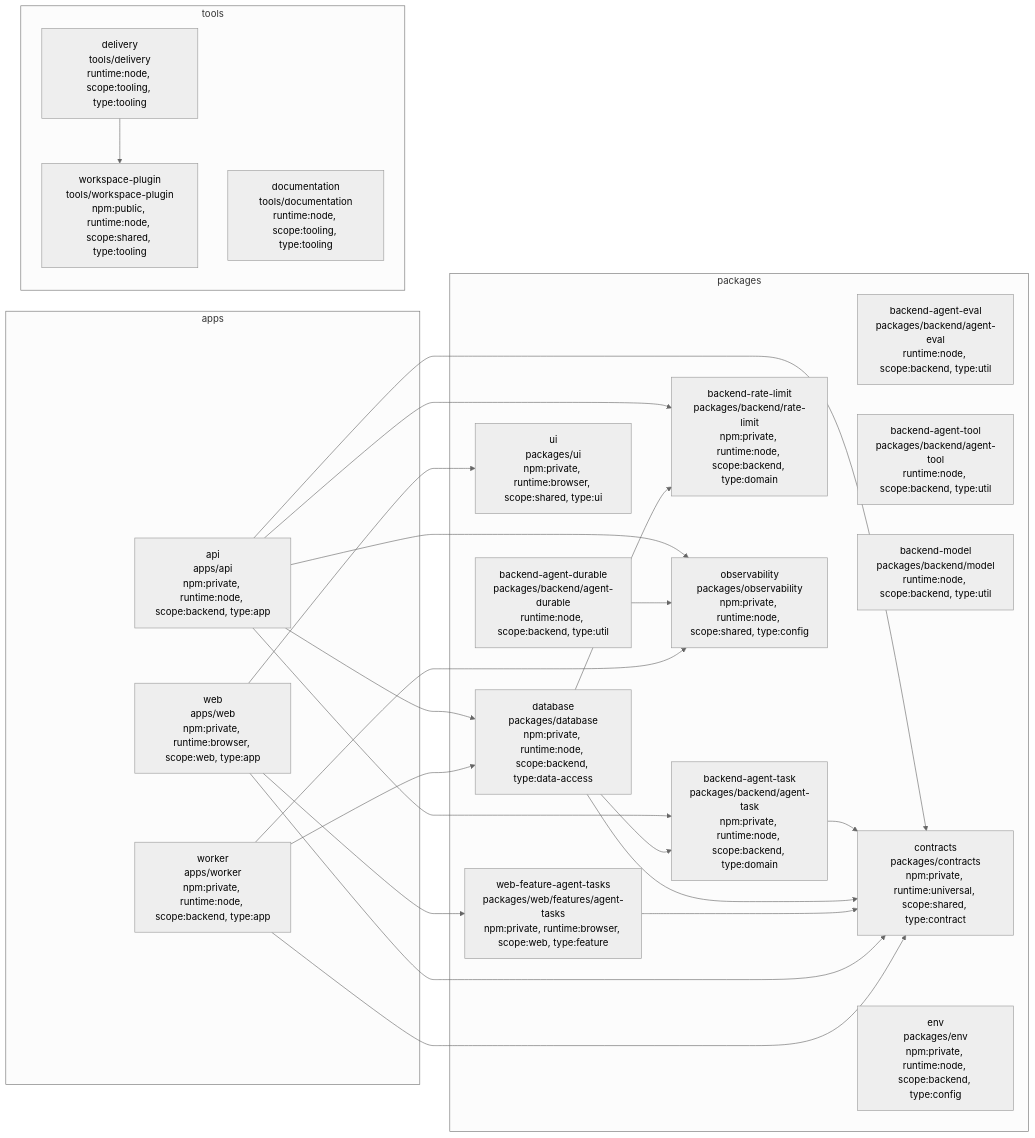
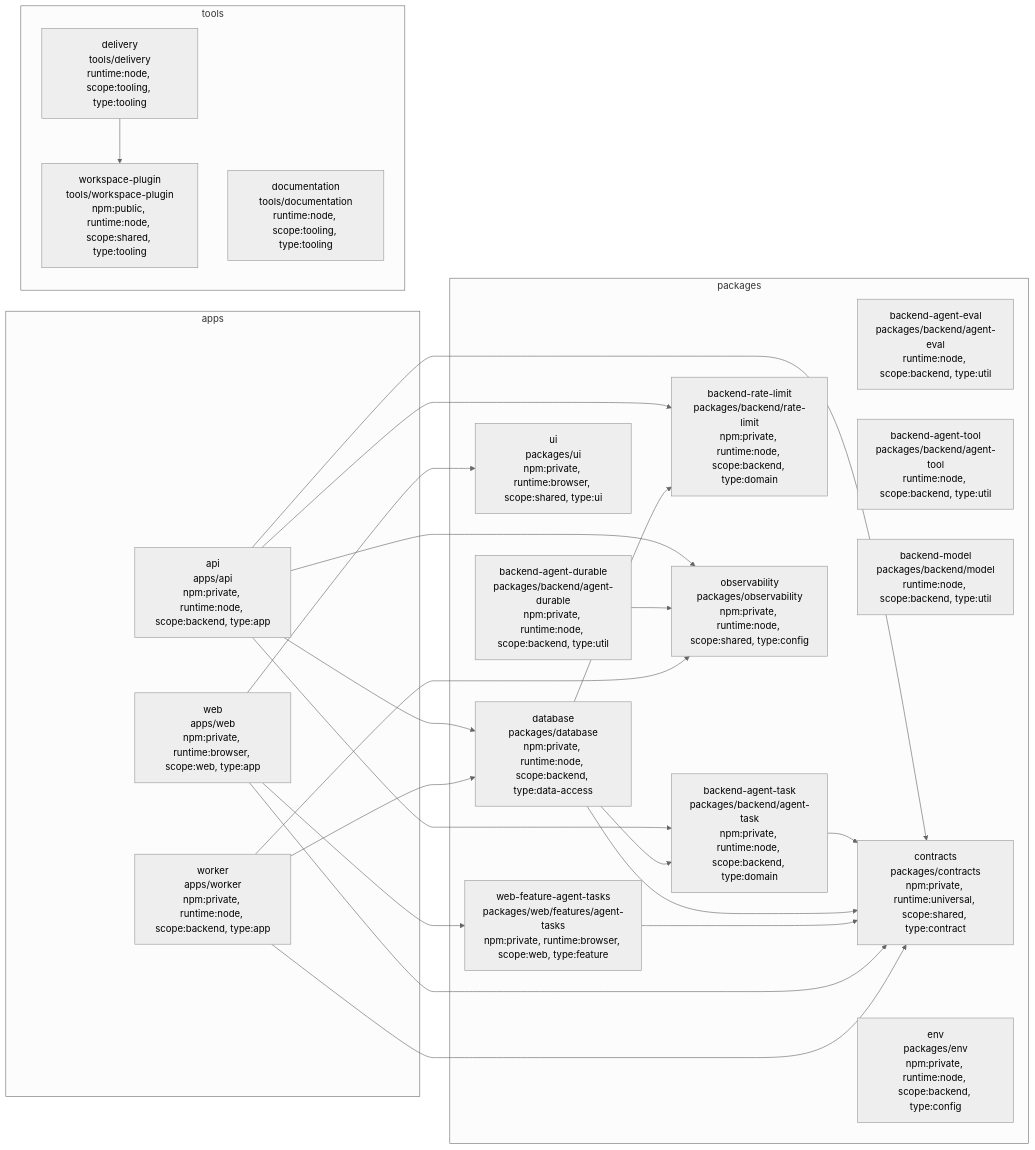
The diagram in docs/architecture/project-graph.md (kaleigh-dem/steady-stack), drawn with Mermaid (neutral theme) before and after one commit. The commit also changed 1 other file, not shown here.

Commit message:
chore: materialize P14-05 documentation output

````diff
--- a/docs/architecture/project-graph.md
+++ b/docs/architecture/project-graph.md
@@ -7,45 +7,45 @@
 ```mermaid
 flowchart LR
   subgraph project_group_apps["apps"]
     project_api["api<br/>apps/api<br/>npm:private, runtime:node, scope:backend, type:app"]
     project_web["web<br/>apps/web<br/>npm:private, runtime:browser, scope:web, type:app"]
     project_worker["worker<br/>apps/worker<br/>npm:private, runtime:node, scope:backend, type:app"]
   end
   subgraph project_group_packages["packages"]
-    project_backend_agent_durable["backend-agent-durable<br/>packages/backend/agent-durable<br/>runtime:node, scope:backend, type:util"]
+    project_backend_agent_durable["backend-agent-durable<br/>packages/backend/agent-durable<br/>npm:private, runtime:node, scope:backend, type:util"]
     project_backend_agent_eval["backend-agent-eval<br/>packages/backend/agent-eval<br/>runtime:node, scope:backend, type:util"]
     project_backend_agent_task["backend-agent-task<br/>packages/backend/agent-task<br/>npm:private, runtime:node, scope:backend, type:domain"]
     project_backend_agent_tool["backend-agent-tool<br/>packages/backend/agent-tool<br/>runtime:node, scope:backend, type:util"]
     project_backend_model["backend-model<br/>packages/backend/model<br/>runtime:node, scope:backend, type:util"]
     project_backend_rate_limit["backend-rate-limit<br/>packages/backend/rate-limit<br/>npm:private, runtime:node, scope:backend, type:domain"]
     project_contracts["contracts<br/>packages/contracts<br/>npm:private, runtime:universal, scope:shared, type:contract"]
     project_database["database<br/>packages/database<br/>npm:private, runtime:node, scope:backend, type:data-access"]
     project_env["env<br/>packages/env<br/>npm:private, runtime:node, scope:backend, type:config"]
     project_observability["observability<br/>packages/observability<br/>npm:private, runtime:node, scope:shared, type:config"]
     project_ui["ui<br/>packages/ui<br/>npm:private, runtime:browser, scope:shared, type:ui"]
     project_web_feature_agent_tasks["web-feature-agent-tasks<br/>packages/web/features/agent-tasks<br/>npm:private, runtime:browser, scope:web, type:feature"]
   end
   subgraph project_group_tools["tools"]
     project_delivery["delivery<br/>tools/delivery<br/>runtime:node, scope:tooling, type:tooling"]
     project_documentation["documentation<br/>tools/documentation<br/>runtime:node, scope:tooling, type:tooling"]
     project_workspace_plugin["workspace-plugin<br/>tools/workspace-plugin<br/>npm:public, runtime:node, scope:shared, type:tooling"]
   end
   project_api --> project_backend_agent_task
   project_api --> project_backend_rate_limit
   project_api --> project_contracts
   project_api --> project_database
   project_api --> project_observability
   project_backend_agent_durable --> project_observability
   project_backend_agent_task --> project_contracts
   project_database --> project_backend_agent_task
   project_database --> project_backend_rate_limit
   project_database --> project_contracts
   project_delivery --> project_workspace_plugin
   project_web_feature_agent_tasks --> project_contracts
   project_web --> project_contracts
   project_web --> project_ui
   project_web --> project_web_feature_agent_tasks
   project_worker --> project_contracts
   project_worker --> project_database
   project_worker --> project_observability
 ```
````
